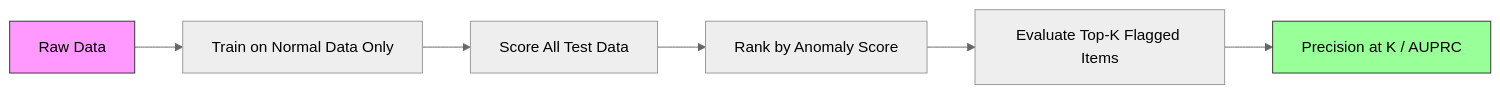
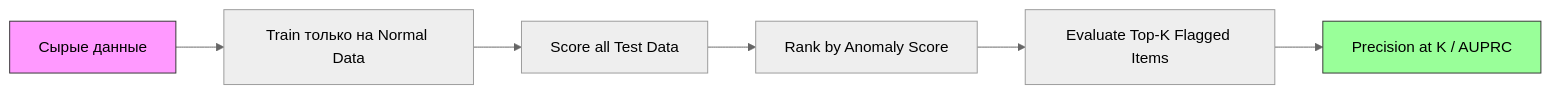
The third of 3 diagrams in phases/02-ml-fundamentals/16-anomaly-detection/docs/ru.md (stabuev/ai-engineering-from-scratch), drawn with Mermaid (neutral theme) before and after one commit. The commit also changed other lines of this file and 22 other files, not shown here.

````diff
--- a/phases/02-ml-fundamentals/16-anomaly-detection/docs/ru.md
+++ b/phases/02-ml-fundamentals/16-anomaly-detection/docs/ru.md
@@ -204,11 +204,11 @@
 ```mermaid
 flowchart LR
-    A[Raw Data] --> B[Train on Normal Data Only]
-    B --> C[Score All Test Data]
+    A[Сырые данные] --> B[Train только на Normal Data]
+    B --> C[Score all Test Data]
     C --> D[Rank by Anomaly Score]
     D --> E[Evaluate Top-K Flagged Items]
     E --> F[Precision at K / AUPRC]
 
     style A fill:#f9f,stroke:#333
     style F fill:#9f9,stroke:#333
 ```
````
